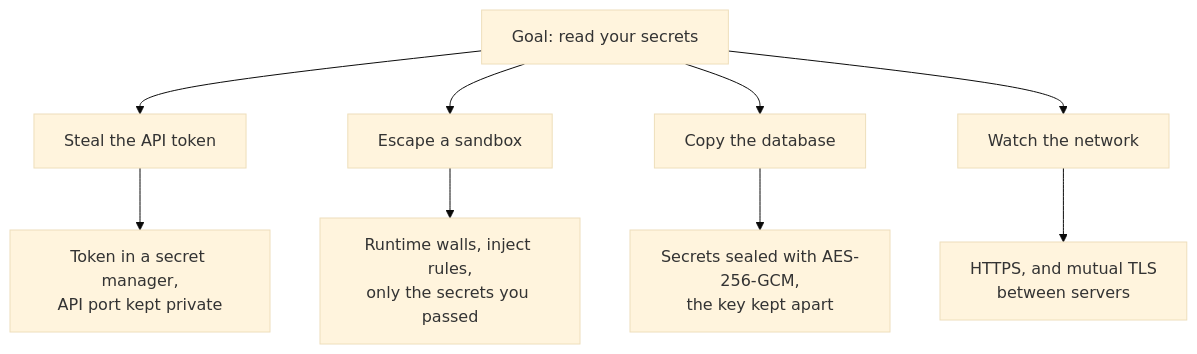
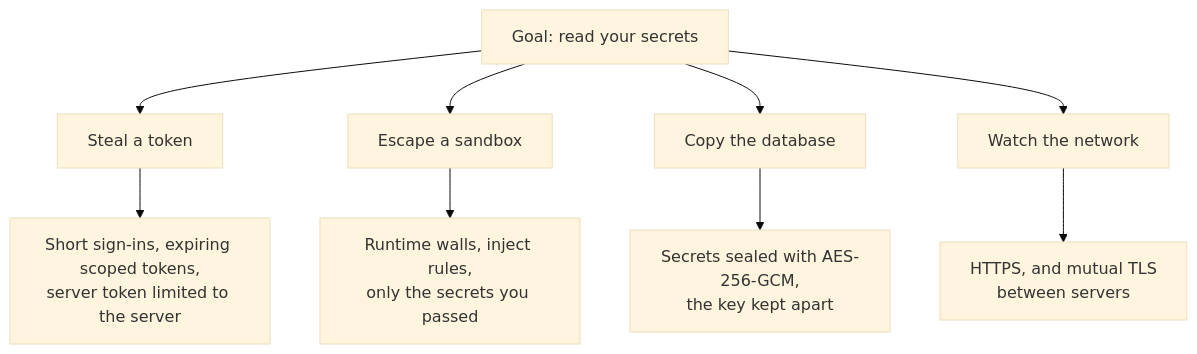
The second of 2 diagrams in docs/src/content/docs/enterprise/responsibility.mdx (aerol-ai/microvm), drawn with Mermaid (base theme) before and after one commit. The commit also changed other lines of this file and 15 other files, not shown here.

````diff
--- a/docs/src/content/docs/enterprise/responsibility.mdx
+++ b/docs/src/content/docs/enterprise/responsibility.mdx
@@ -60,12 +60,12 @@
 ```mermaid
 flowchart TB
     G["Goal: read your secrets"]
-    G --> P1["Steal the API token"]
+    G --> P1["Steal a token"]
     G --> P2["Escape a sandbox"]
     G --> P3["Copy the database"]
     G --> P4["Watch the network"]
-    P1 --> C1["Token in a secret manager,<br/>API port kept private"]
+    P1 --> C1["Short sign-ins, expiring scoped tokens,<br/>server token limited to the server"]
     P2 --> C2["Runtime walls, inject rules,<br/>only the secrets you passed"]
     P3 --> C3["Secrets sealed with AES-256-GCM,<br/>the key kept apart"]
     P4 --> C4["HTTPS, and mutual TLS<br/>between servers"]
 ```
````
